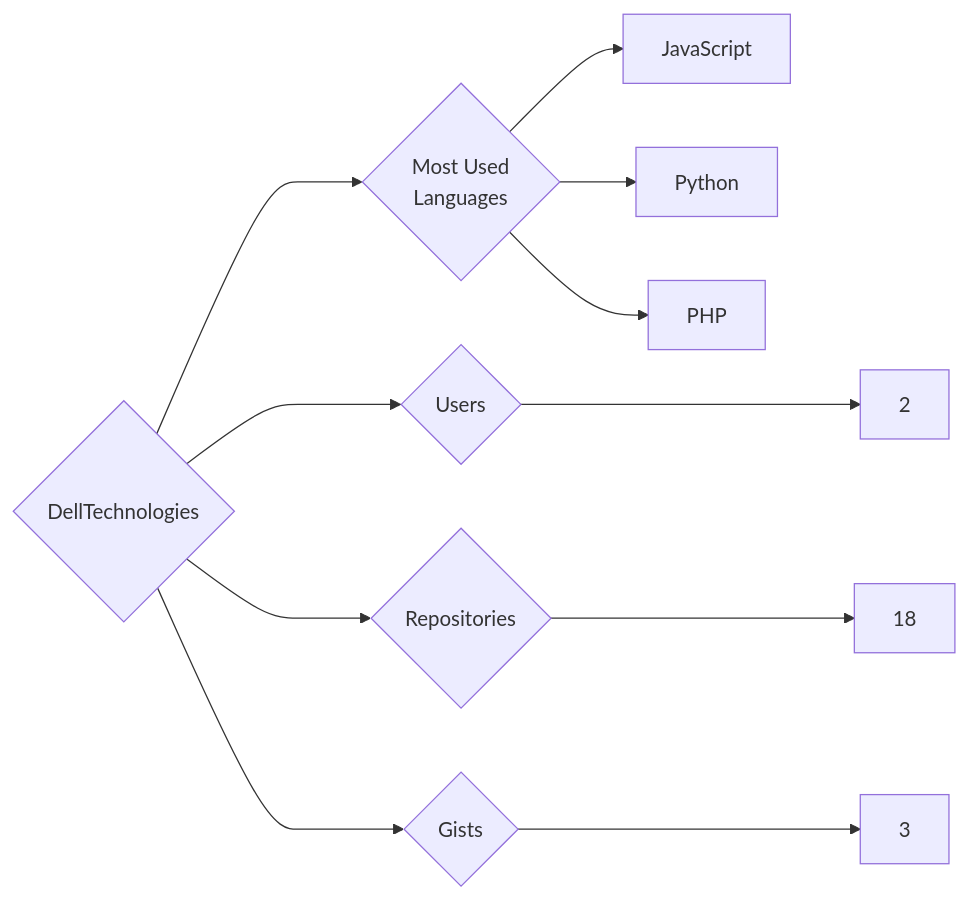
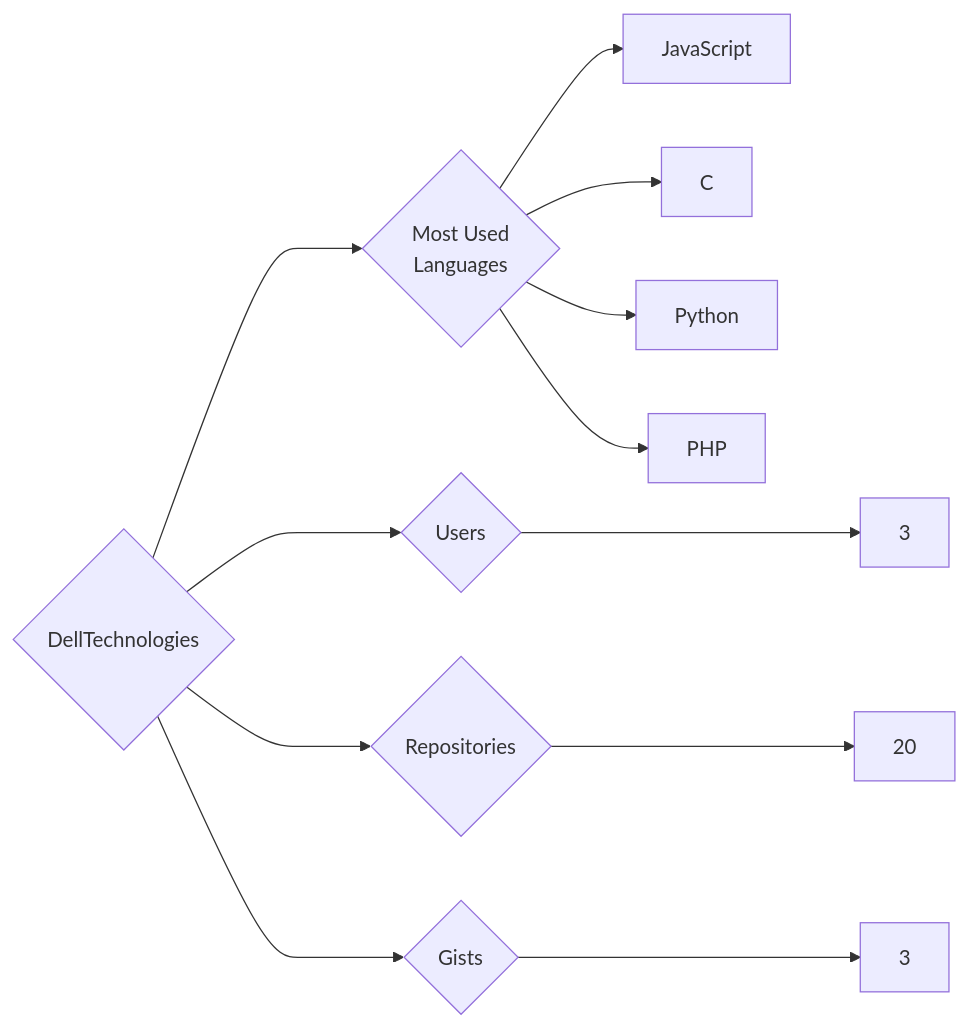
One commit to trickest/insiders changed the diagram in targets/DellTechnologies/README.md. Above: the diagram before and after it, drawn with Mermaid. The commit also changed 783 other files, not shown here.

````diff
--- a/targets/DellTechnologies/README.md
+++ b/targets/DellTechnologies/README.md
@@ -3,11 +3,12 @@
 ```mermaid
 graph LR
 COMPANY_NAME{DellTechnologies}
-COMPANY_NAME ---> U{Users} ---> UN[2]
-COMPANY_NAME ---> R{Repositories} ---> RN[18]
+COMPANY_NAME ---> U{Users} ---> UN[3]
+COMPANY_NAME ---> R{Repositories} ---> RN[20]
 COMPANY_NAME ---> G{Gists} ---> GN[3]
 COMPANY_NAME ---> ML{Most Used<br>Languages}
 ML --> JavaScript[JavaScript]
+ML --> C[C]
 ML --> Python[Python]
 ML --> PHP[PHP]
 ```
````
